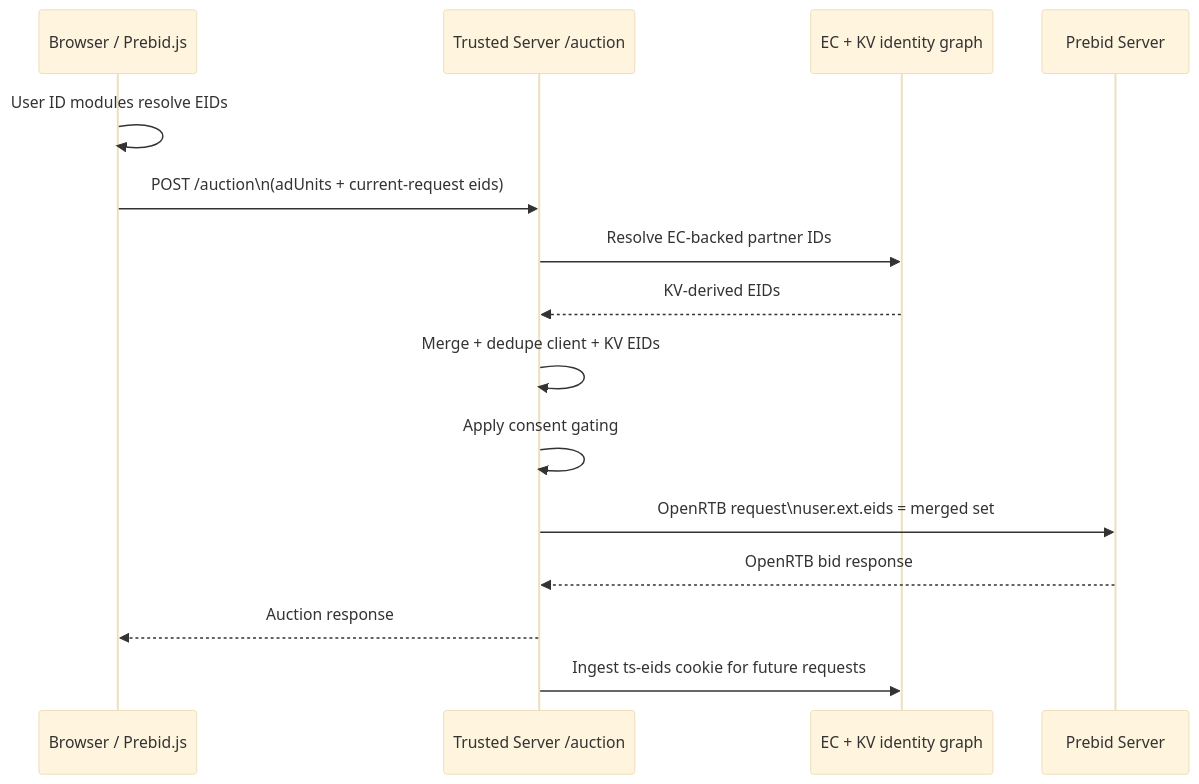
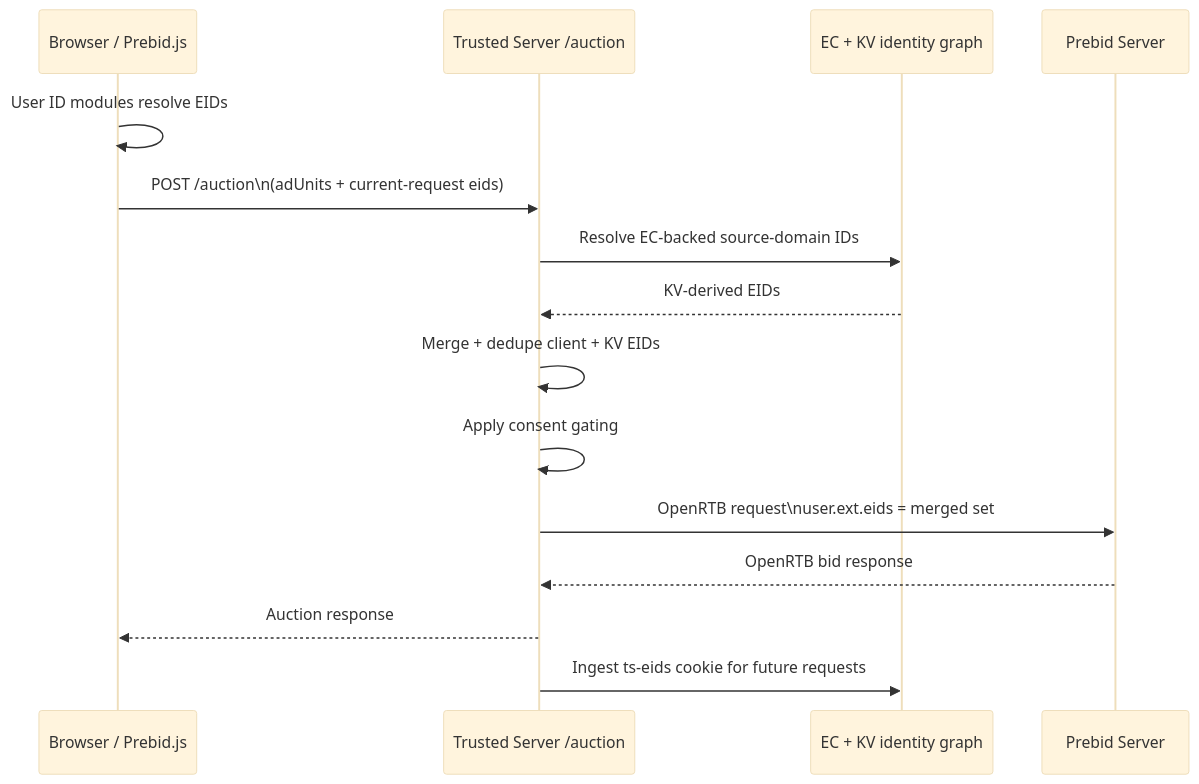
One commit to IABTechLab/trusted-server changed the diagram in docs/guide/integrations/prebid.md. Above: the diagram before and after it, drawn with Mermaid (base theme). The commit also changed 18 other files, not shown here.

Commit message:
Use EC source domains as partner keys

````diff
--- a/docs/guide/integrations/prebid.md
+++ b/docs/guide/integrations/prebid.md
@@ -366,18 +366,18 @@
 ```mermaid
 sequenceDiagram
     participant B as Browser / Prebid.js
     participant T as Trusted Server /auction
     participant K as EC + KV identity graph
     participant P as Prebid Server
 
     B->>B: User ID modules resolve EIDs
     B->>T: POST /auction\n(adUnits + current-request eids)
-    T->>K: Resolve EC-backed partner IDs
+    T->>K: Resolve EC-backed source-domain IDs
     K-->>T: KV-derived EIDs
     T->>T: Merge + dedupe client + KV EIDs
     T->>T: Apply consent gating
     T->>P: OpenRTB request\nuser.ext.eids = merged set
     P-->>T: OpenRTB bid response
     T-->>B: Auction response
     T->>K: Ingest ts-eids cookie for future requests
 ```
````
